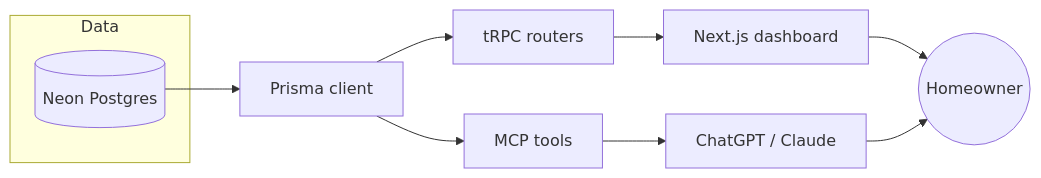
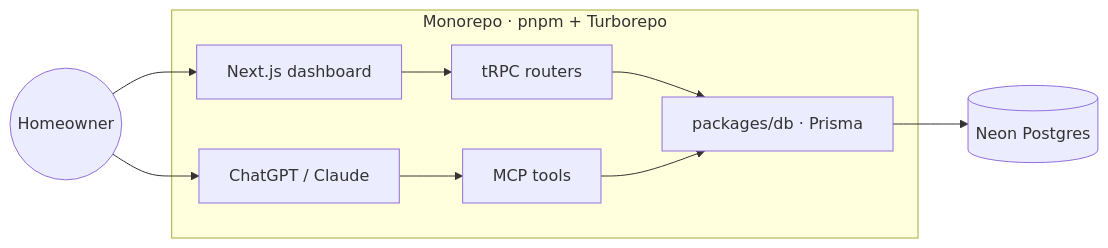
The diagram in README.md (nbialk/enpal-pulse), drawn with Mermaid before and after one commit. The commit also changed other lines of this file, not shown here.

Commit message:
docs(readme): flow how-it-works diagram from homeowner to database
Reverse the architecture diagram to follow the request direction (Homeowner left -> Neon Postgres right) and group both surfaces under a pnpm + Turborepo monorepo subgraph that shares the packages/db Prisma layer.

````diff
--- a/README.md
+++ b/README.md
@@ -61,13 +62,12 @@
 ```mermaid
 flowchart LR
-  subgraph Data
-    PG[(Neon Postgres)]
+  User((Homeowner)) --> Dash[Next.js dashboard]
+  User --> LLM[ChatGPT / Claude]
+  subgraph Monorepo["Monorepo · pnpm + Turborepo"]
+    Dash --> TRPC[tRPC routers]
+    LLM --> MCP[MCP tools]
+    TRPC --> DB["packages/db · Prisma"]
+    MCP --> DB
   end
-  PG --> Prisma[Prisma client]
-  Prisma --> TRPC[tRPC routers]
-  Prisma --> MCP[MCP tools]
-  TRPC --> Dash[Next.js dashboard]
-  MCP --> LLM[ChatGPT / Claude]
-  Dash --> User((Homeowner))
-  LLM --> User
+  DB --> PG[(Neon Postgres)]
 ```
````
